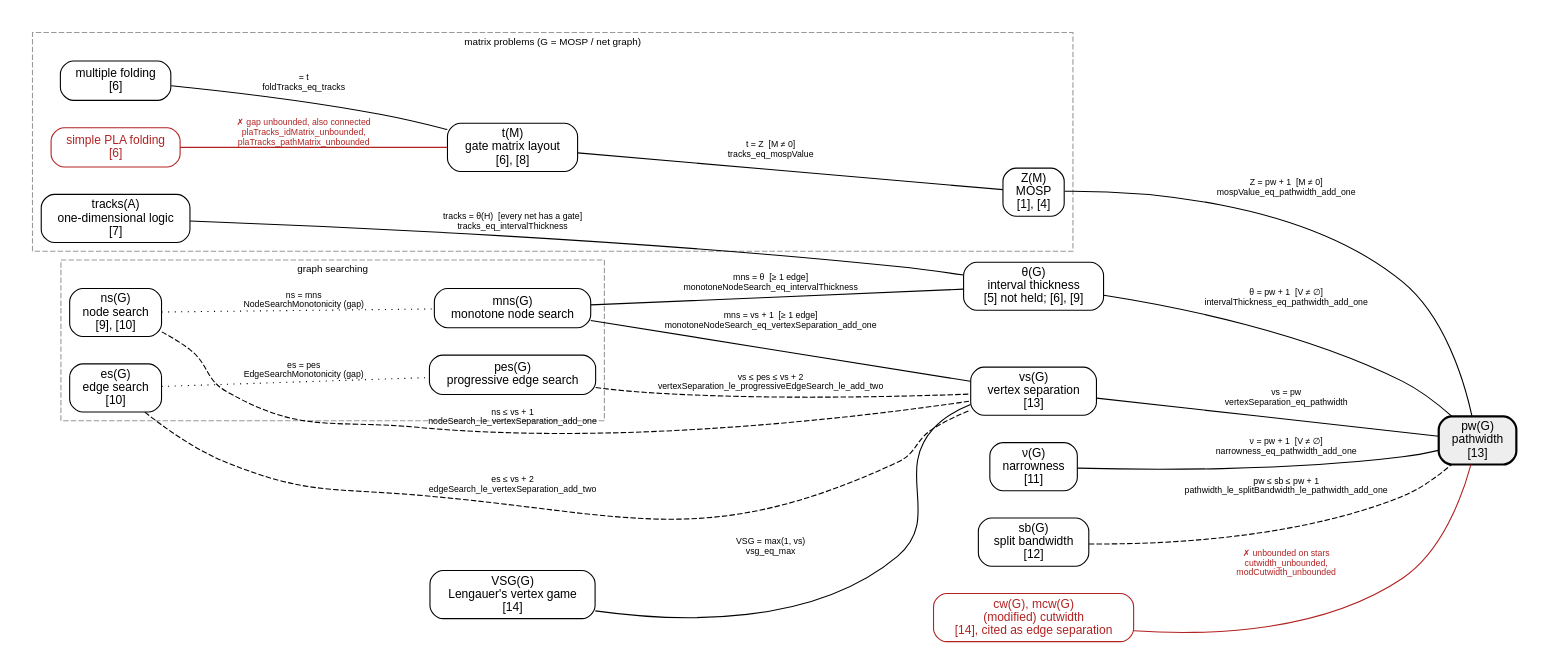
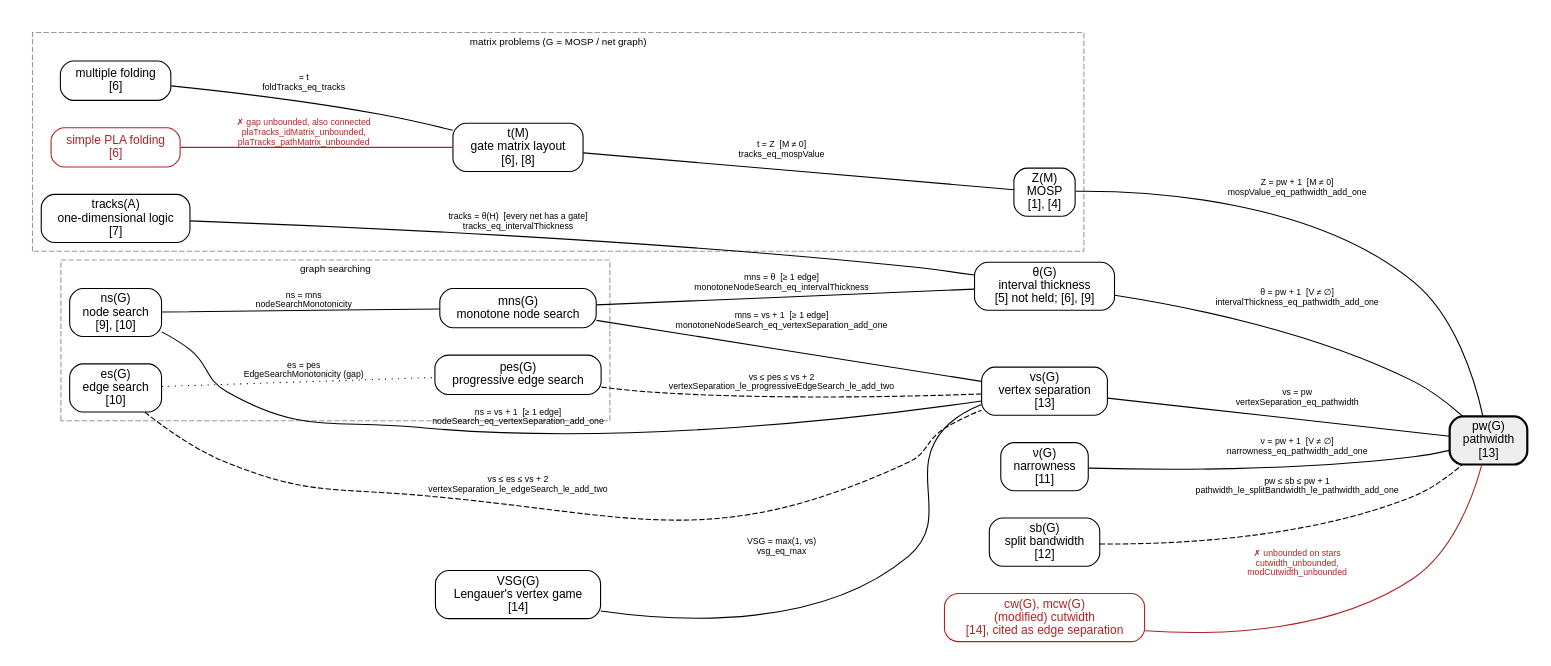
Before and after one commit to Alex-Linhares/MOSP_trough_SAT: the diagram in paper2/figures/equivalence_chain.dot, drawn with Graphviz. The commit also changed 15 other files, not shown here.

First line of the commit message:
Ralph loop0005 iteration 14: 14 Reserve. The best remaining gap: attempt the full node search

```diff
--- a/paper2/figures/equivalence_chain.dot
+++ b/paper2/figures/equivalence_chain.dot
@@ -1,68 +1,69 @@
 // The equivalence chain of Table 1 (Linhares & Yanasse 2002), as proved in
 // lean/MOSPFormalization/ (loop0005). Section 3 of the paper; see
 // paper2/equivalences.md, "The chain".
 //
 //   dot -Tpdf paper2/figures/equivalence_chain.dot -o paper2/figures/equivalence_chain.pdf
 //   dot -Tpng -Gdpi=150 paper2/figures/equivalence_chain.dot -o paper2/figures/equivalence_chain.png
 //
 // Edge styles: solid = exact identity, proved; dashed = inequality or band,
-// proved; dotted = the half that needs monotonicity (a named Prop, not proved);
+// proved; dotted = LaPaugh's es = pes (a named Prop, not proved; no row needs it);
 // red = Table 1's claim is false (counterexample proved). Every label names the
 // Lean theorem. Hypotheses in brackets.
 graph chain {
   graph [rankdir=LR, fontname="Helvetica", fontsize=11, nodesep=0.35, ranksep=0.9, pad=0.2];
   node  [shape=box, style="rounded", fontname="Helvetica", fontsize=11];
   edge  [fontname="Helvetica", fontsize=8];
 
   PW  [label="pw(G)\npathwidth\n[13]", style="rounded,bold,filled", fillcolor="#eeeeee"];
   VS  [label="vs(G)\nvertex separation\n[13]"];
 
   subgraph cluster_matrix {
     label="matrix problems (G = MOSP / net graph)"; fontname="Helvetica"; fontsize=9; style=dashed; color="#999999";
     Z   [label="Z(M)\nMOSP\n[1], [4]"];
     T   [label="t(M)\ngate matrix layout\n[6], [8]"];
     L   [label="tracks(A)\none-dimensional logic\n[7]"];
     MF  [label="multiple folding\n[6]"];
     PLA [label="simple PLA folding\n[6]", color="#b22222", fontcolor="#b22222"];
   }
 
   subgraph cluster_search {
     label="graph searching"; fontname="Helvetica"; fontsize=9; style=dashed; color="#999999";
     MNS [label="mns(G)\nmonotone node search"];
     NS  [label="ns(G)\nnode search\n[9], [10]"];
     PES [label="pes(G)\nprogressive edge search"];
     ES  [label="es(G)\nedge search\n[10]"];
   }
 
   TH  [label="θ(G)\ninterval thickness\n[5] not held; [6], [9]"];
   NU  [label="ν(G)\nnarrowness\n[11]"];
   SB  [label="sb(G)\nsplit bandwidth\n[12]"];
   VSG [label="VSG(G)\nLengauer's vertex game\n[14]"];
   CW  [label="cw(G), mcw(G)\n(modified) cutwidth\n[14], cited as edge separation", color="#b22222", fontcolor="#b22222"];
 
   // exact identities
   VS  -- PW  [label="vs = pw\nvertexSeparation_eq_pathwidth"];
   Z   -- PW  [label="Z = pw + 1  [M ≠ 0]\nmospValue_eq_pathwidth_add_one"];
   T   -- Z   [label="t = Z  [M ≠ 0]\ntracks_eq_mospValue"];
   L   -- TH  [label="tracks = θ(H)  [every net has a gate]\ntracks_eq_intervalThickness"];
   MF  -- T   [label="= t\nfoldTracks_eq_tracks"];
   TH  -- PW  [label="θ = pw + 1  [V ≠ ∅]\nintervalThickness_eq_pathwidth_add_one"];
   NU  -- PW  [label="ν = pw + 1  [V ≠ ∅]\nnarrowness_eq_pathwidth_add_one"];
   MNS -- VS  [label="mns = vs + 1  [≥ 1 edge]\nmonotoneNodeSearch_eq_vertexSeparation_add_one"];
   MNS -- TH  [label="mns = θ  [≥ 1 edge]\nmonotoneNodeSearch_eq_intervalThickness"];
   VSG -- VS  [label="VSG = max(1, vs)\nvsg_eq_max"];
 
   // inequalities and bands, proved
   SB  -- PW  [style=dashed, label="pw ≤ sb ≤ pw + 1\npathwidth_le_splitBandwidth_le_pathwidth_add_one"];
   PES -- VS  [style=dashed, label="vs ≤ pes ≤ vs + 2\nvertexSeparation_le_progressiveEdgeSearch_le_add_two"];
-  ES  -- VS  [style=dashed, label="es ≤ vs + 2\nedgeSearch_le_vertexSeparation_add_two"];
-  NS  -- VS  [style=dashed, label="ns ≤ vs + 1\nnodeSearch_le_vertexSeparation_add_one"];
+  ES  -- VS  [style=dashed, label="vs ≤ es ≤ vs + 2\nvertexSeparation_le_edgeSearch_le_add_two"];
 
-  // the monotonicity halves: named Props, not proved
-  NS  -- MNS [style=dotted, label="ns = mns\nNodeSearchMonotonicity (gap)"];
+  NS  -- MNS [label="ns = mns\nnodeSearchMonotonicity"];
+  NS  -- VS  [label="ns = vs + 1  [≥ 1 edge]\nnodeSearch_eq_vertexSeparation_add_one"];
+
+  // the remaining monotonicity half: a named Prop, not proved
   ES  -- PES [style=dotted, label="es = pes\nEdgeSearchMonotonicity (gap)"];
 
   // Table 1 claims that are false
   PLA -- T   [color="#b22222", fontcolor="#b22222", label="✗ gap unbounded, also connected\nplaTracks_idMatrix_unbounded,\nplaTracks_pathMatrix_unbounded"];
   CW  -- PW  [color="#b22222", fontcolor="#b22222", label="✗ unbounded on stars\ncutwidth_unbounded,\nmodCutwidth_unbounded"];
 }
```
